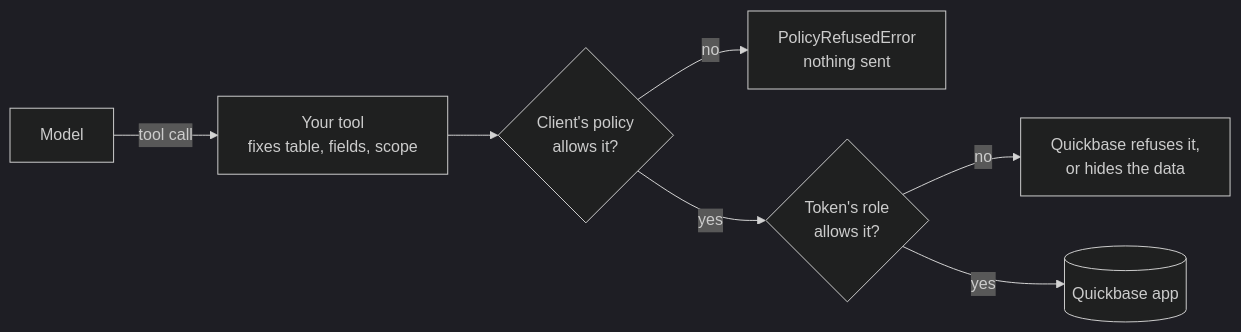
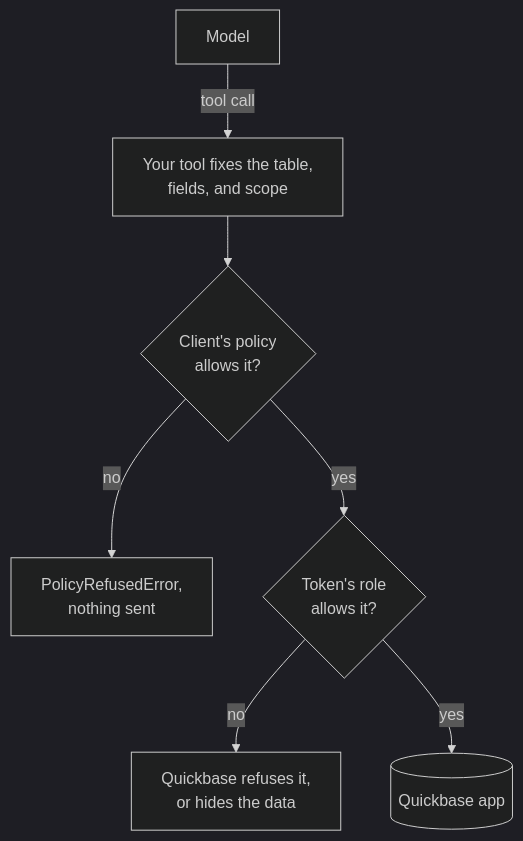
One commit to matthew-williams-solutions/pyquickbase changed the diagram in docs/agents/index.md. Above: the diagram before and after it, drawn with Mermaid (dark theme). The commit also changed 12 other files, not shown here.

First line of the commit message:
Redraw the diagrams to be legible, and add ones where the docs need them

````diff
--- a/docs/agents/index.md
+++ b/docs/agents/index.md
@@ -92,9 +92,9 @@
 ```mermaid
-flowchart LR
-    M[Model] -- tool call --> T["Your tool<br/>fixes table, fields, scope"]
+flowchart TD
+    M[Model] -- tool call --> T["Your tool fixes the table,<br/>fields, and scope"]
     T --> P{"Client's policy<br/>allows it?"}
-    P -- no --> X1["PolicyRefusedError<br/>nothing sent"]
+    P -- no --> X1["PolicyRefusedError,<br/>nothing sent"]
     P -- yes --> R{"Token's role<br/>allows it?"}
     R -- no --> X2["Quickbase refuses it,<br/>or hides the data"]
     R -- yes --> Q[(Quickbase app)]
 ```
````
